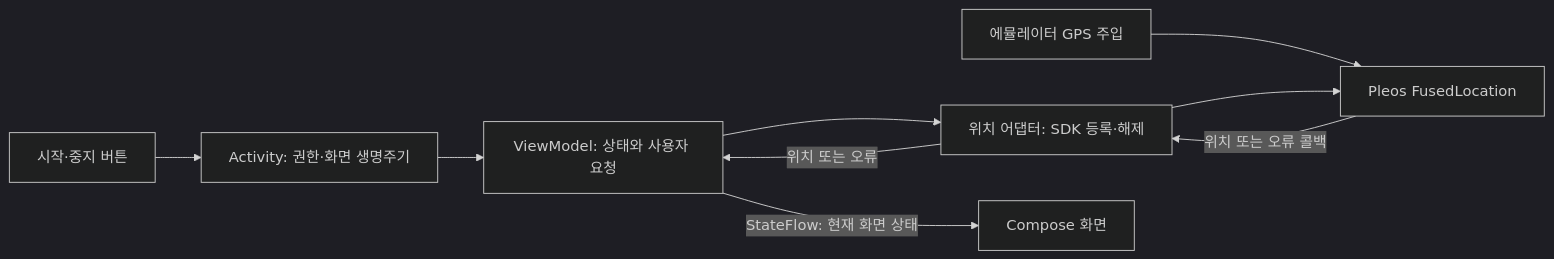
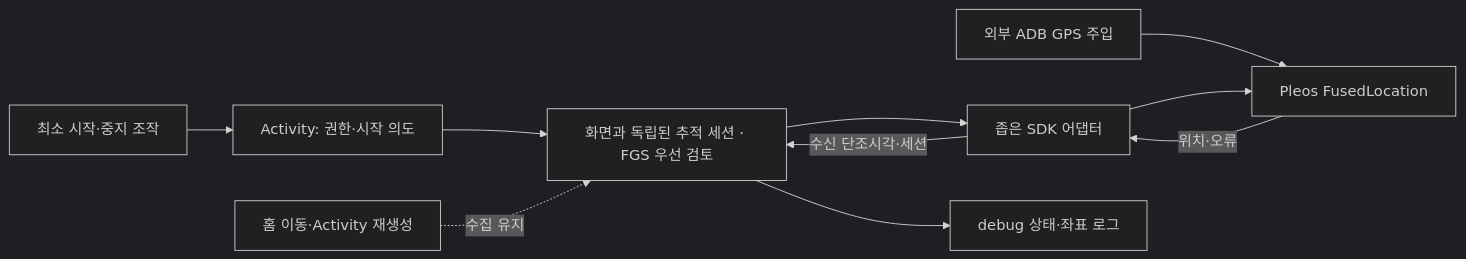
One commit to jin-kim-240204/hyundai-and-gretel changed the diagram in docs/specs/road-notes/01-current-location.md. Above: the diagram before and after it, drawn with Mermaid (dark theme). The commit also changed other lines of this file and 7 other files, not shown here.

````diff
--- a/docs/specs/road-notes/01-current-location.md
+++ b/docs/specs/road-notes/01-current-location.md
@@ -28,11 +23,12 @@
 ```mermaid
 flowchart LR
-    User[시작·중지 버튼] --> Activity[Activity: 권한·화면 생명주기]
-    Activity --> VM[ViewModel: 상태와 사용자 요청]
-    VM --> Source[위치 어댑터: SDK 등록·해제]
-    GPS[에뮬레이터 GPS 주입] --> SDK[Pleos FusedLocation]
+    User[최소 시작·중지 조작] --> Activity[Activity: 권한·시작 의도]
+    Activity --> Tracking[화면과 독립된 추적 세션 · FGS 우선 검토]
+    Tracking --> Source[좁은 SDK 어댑터]
+    GPS[외부 ADB GPS 주입] --> SDK[Pleos FusedLocation]
     Source --> SDK
-    SDK -->|위치 또는 오류 콜백| Source
-    Source -->|위치 또는 오류| VM
-    VM -->|StateFlow: 현재 화면 상태| Screen[Compose 화면]
+    SDK -->|위치·오류| Source
+    Source -->|수신 단조시각·세션| Tracking
+    Tracking --> Log[debug 상태·좌표 로그]
+    Recreate[홈 이동·Activity 재생성] -. 수집 유지 .-> Tracking
 ```
````
